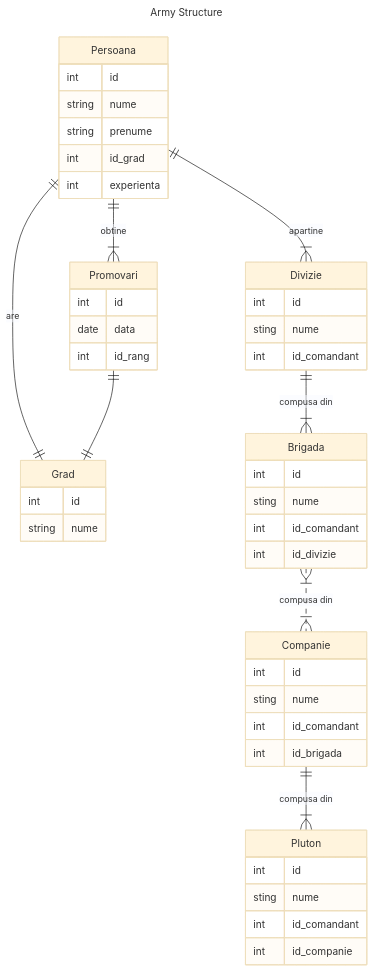
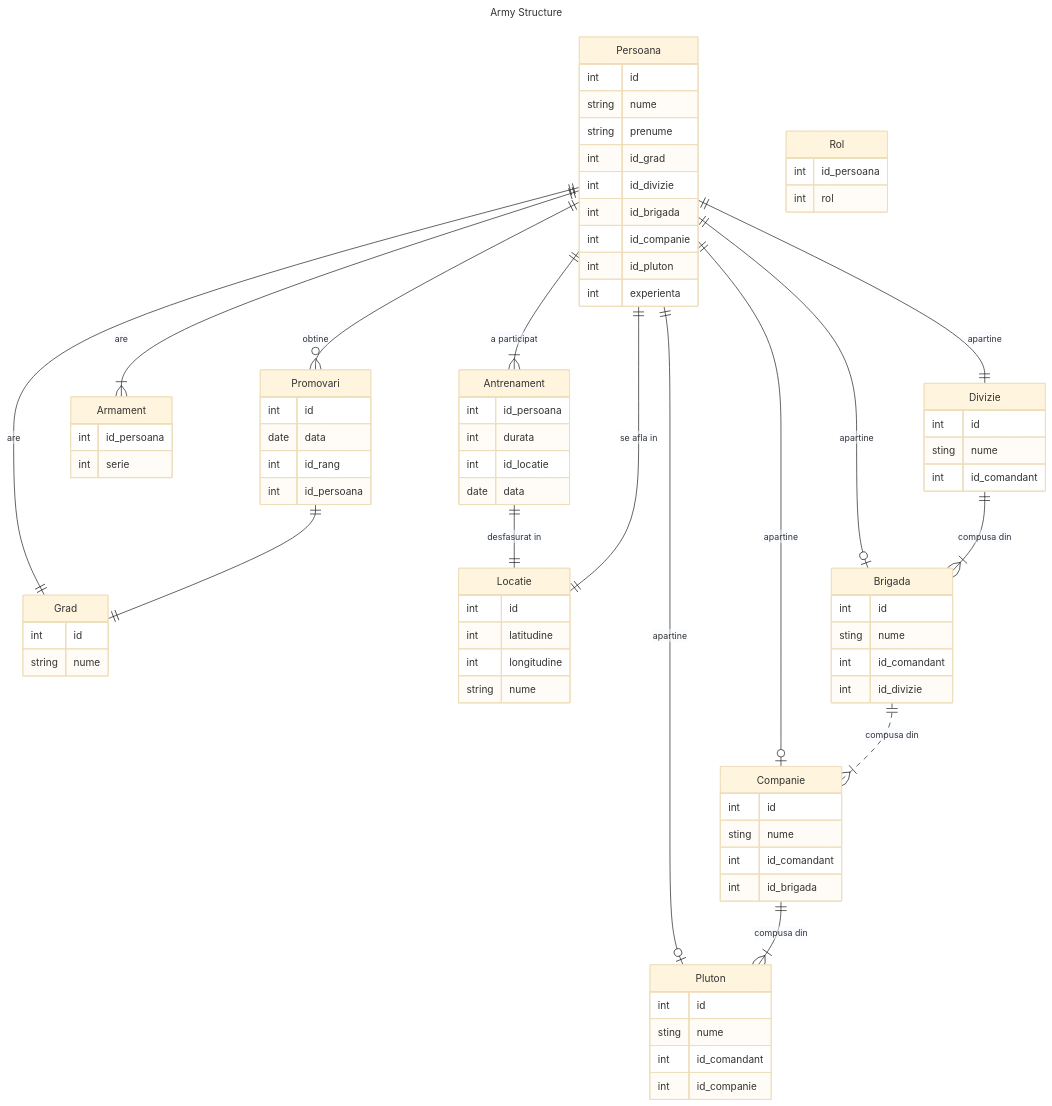
The diagram in README.md (gabicc/Army-ERD), drawn with Mermaid (base theme) before and after one commit. The commit also changed other lines of this file, not shown here.

````diff
--- a/README.md
+++ b/README.md
@@ -11,6 +19,10 @@
         string nume
         string prenume
         int id_grad
+        int id_divizie
+        int id_brigada
+        int id_companie
+        int id_pluton
         int experienta
   }
   Grad{
@@ -22,6 +34,27 @@
     int id
     date data
     int id_rang
+    int id_persoana
+  }
+  Armament{
+    int id_persoana
+    int serie
+  }
+  Rol{
+    int id_persoana
+    int rol
+  }
+  Locatie{
+    int id
+    int latitudine
+    int longitudine
+    string nume
+  }
+  Antrenament{
+    int id_persoana
+    int durata
+    int id_locatie
+    date data
   }
   Divizie{
     int id
@@ -46,12 +79,20 @@
     int id_comandant
     int id_companie
   }
-  Persoana ||--|{ Divizie : apartine
+  Persoana ||--|| Divizie : apartine
+  Persoana ||--o| Brigada : apartine
+  Persoana ||--o| Companie : apartine
+  Persoana ||--o| Pluton : apartine
+  Persoana ||--|{ Antrenament : "a participat"
+  Antrenament ||--|| Locatie : " desfasurat in"
   Persoana ||--|| Grad : are
-  Persoana ||--|{ Promovari : obtine
+  Persoana ||--|{ Armament : are
+  Persoana ||--|| Locatie : "se afla in"
+  Persoana ||--o{ Promovari : obtine
   Promovari ||--|| Grad : ""
   Divizie ||--|{ Brigada : "compusa din"
-  Brigada }|..|{ Companie : "compusa din"
+  Brigada ||..|{ Companie : "compusa din"
   Companie ||--|{ Pluton : "compusa din"
   
+  
 ```
````
